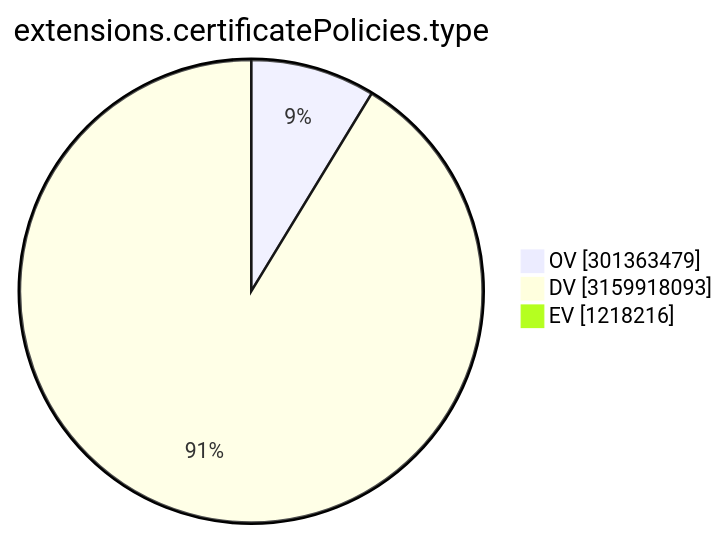
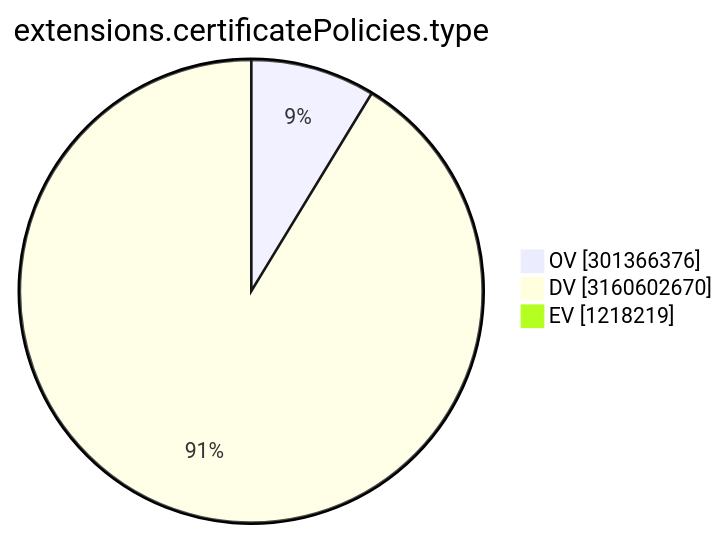
Before and after one commit to christiankrug/ctmonitor_visualization: the ninth of 15 diagrams in TOTAL/README.md, drawn with Mermaid. The commit also changed other lines of this file, not shown here.

````diff
--- a/TOTAL/README.md
+++ b/TOTAL/README.md
@@ -3105,7 +3105,7 @@
 ```mermaid
 pie showData
 title extensions.certificatePolicies.type
-"OV" :301363479
-"DV" :3159918093
-"EV" :1218216
+"OV" :301366376
+"DV" :3160602670
+"EV" :1218219
 ```
````
